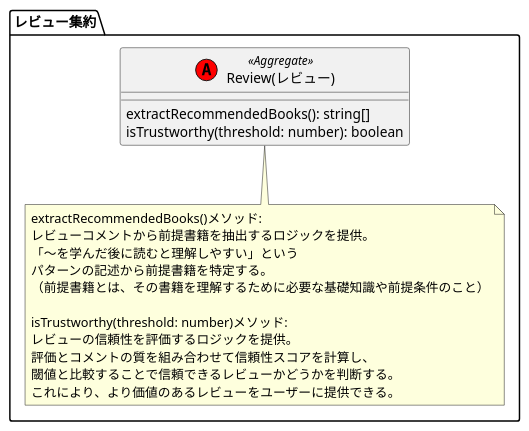
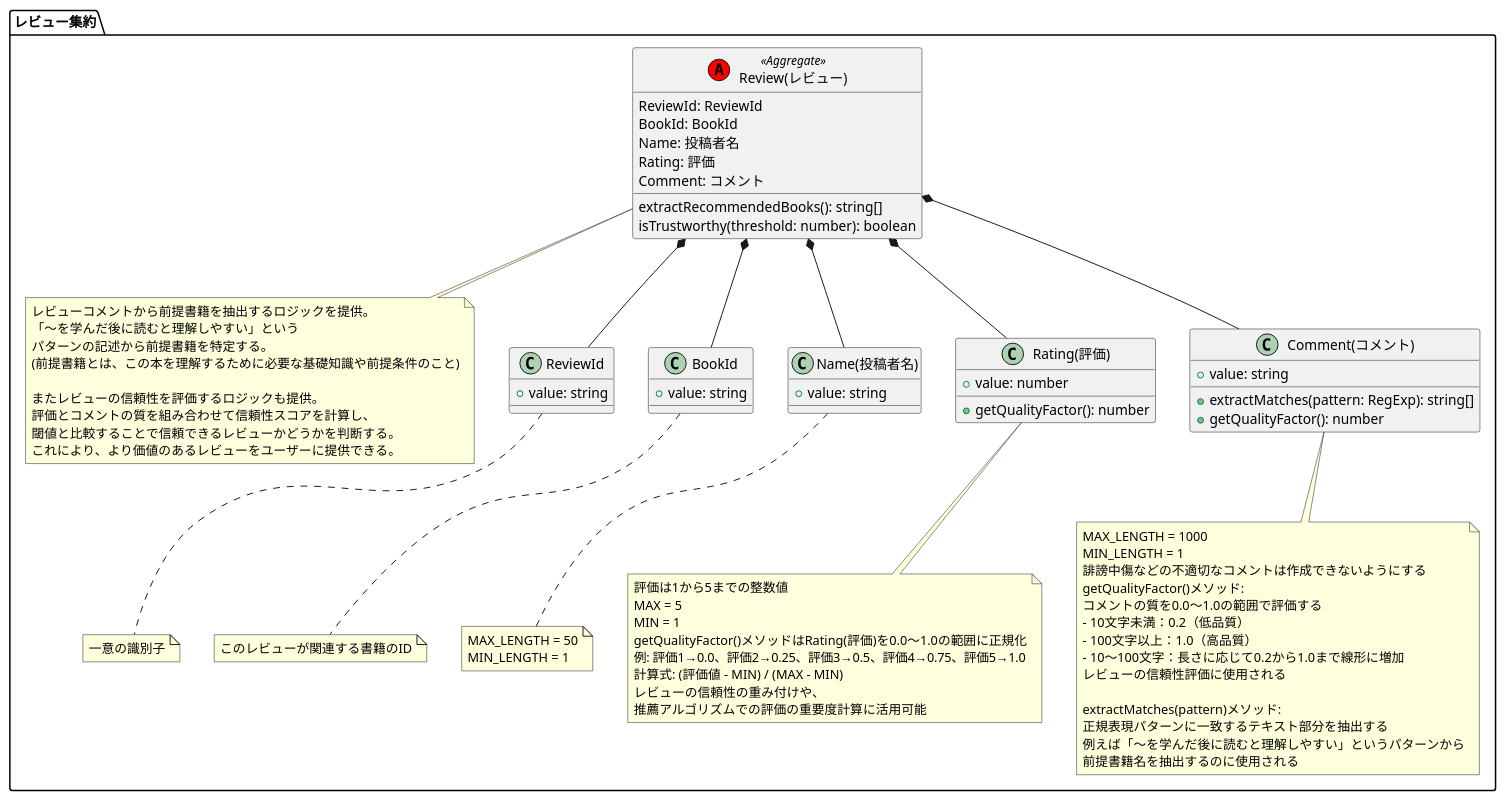
One commit to abekem/hands-on-ddd-introduction changed the diagram in CatalogService/Domain/models/Review/Review.pu. Above: the diagram before and after it, drawn with PlantUML. The commit also changed 3 other files, not shown here.

```diff
--- a/CatalogService/Domain/models/Review/Review.pu
+++ b/CatalogService/Domain/models/Review/Review.pu
@@ -1,26 +1,100 @@
 @startuml Review
 
 package "レビュー集約" {
     ' 1. 集約とポリシーの表現
     class "Review(レビュー)" as Review << (A,red) Aggregate >> {
+        ReviewId: ReviewId
+        BookId: BookId
+        Name: 投稿者名
+        Rating: 評価
+        Comment: コメント
         extractRecommendedBooks(): string[]
         isTrustworthy(threshold: number): boolean
     }
 
     ' 2. ビジネスルールの具体化
     note bottom of Review
-        extractRecommendedBooks()メソッド:
         レビューコメントから前提書籍を抽出するロジックを提供。
         「〜を学んだ後に読むと理解しやすい」という
         パターンの記述から前提書籍を特定する。
-        （前提書籍とは、その書籍を理解するために必要な基礎知識や前提条件のこと）
+        (前提書籍とは、この本を理解するために必要な基礎知識や前提条件のこと)
 
-        isTrustworthy(threshold: number)メソッド:
-        レビューの信頼性を評価するロジックを提供。
+        またレビューの信頼性を評価するロジックも提供。
         評価とコメントの質を組み合わせて信頼性スコアを計算し、
         閾値と比較することで信頼できるレビューかどうかを判断する。
         これにより、より価値のあるレビューをユーザーに提供できる。
     end note
+
+    ' 3. 必要なインプットの特定
+    class "ReviewId" as ReviewId {
+        + value: string
+    }
+
+    class "BookId" as BookId {
+        + value: string
+    }
+
+    class "Name(投稿者名)" as Name {
+        + value: string
+    }
+
+    class "Rating(評価)" as Rating {
+        + value: number
+        + getQualityFactor(): number
+    }
+
+    class "Comment(コメント)" as Comment {
+        + value: string
+        + extractMatches(pattern: RegExp): string[]
+        + getQualityFactor(): number
+    }
+
+    note bottom of ReviewId
+        一意の識別子
+    end note
+
+    note bottom of BookId
+        このレビューが関連する書籍のID
+    end note
+
+    note bottom of Name
+        MAX_LENGTH = 50
+        MIN_LENGTH = 1
+    end note
+
+    note bottom of Rating
+        評価は1から5までの整数値
+        MAX = 5
+        MIN = 1
+        getQualityFactor()メソッドはRating(評価)を0.0～1.0の範囲に正規化
+        例: 評価1→0.0、評価2→0.25、評価3→0.5、評価4→0.75、評価5→1.0
+        計算式: (評価値 - MIN) / (MAX - MIN)
+        レビューの信頼性の重み付けや、
+        推薦アルゴリズムでの評価の重要度計算に活用可能
+    end note
+
+    note bottom of Comment
+        MAX_LENGTH = 1000
+        MIN_LENGTH = 1
+        誹謗中傷などの不適切なコメントは作成できないようにする
+        getQualityFactor()メソッド:
+        コメントの質を0.0～1.0の範囲で評価する
+        - 10文字未満：0.2（低品質）
+        - 100文字以上：1.0（高品質）
+        - 10～100文字：長さに応じて0.2から1.0まで線形に増加
+        レビューの信頼性評価に使用される
+
+        extractMatches(pattern)メソッド:
+        正規表現パターンに一致するテキスト部分を抽出する
+        例えば「〜を学んだ後に読むと理解しやすい」というパターンから
+        前提書籍名を抽出するのに使用される
+    end note
+
+    Review *-- ReviewId
+    Review *-- BookId
+    Review *-- Name
+    Review *-- Rating
+    Review *-- Comment
 }
 
 @enduml
```
